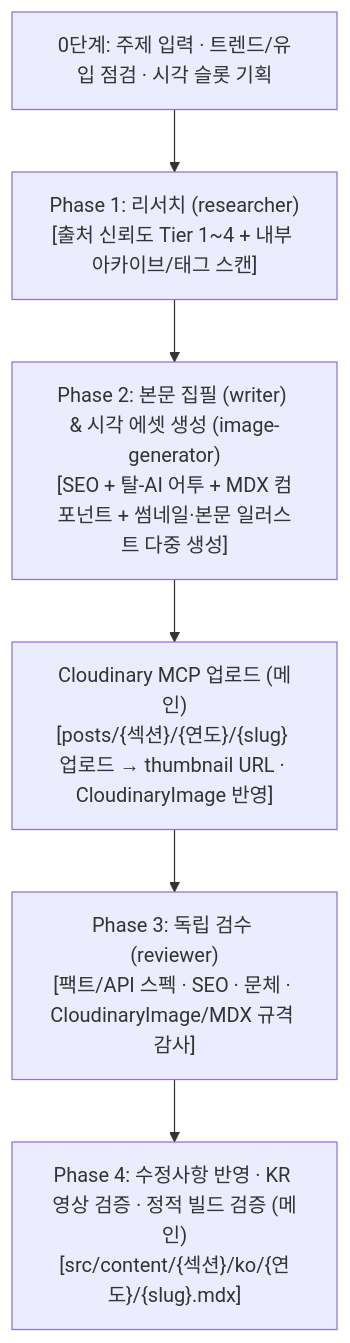
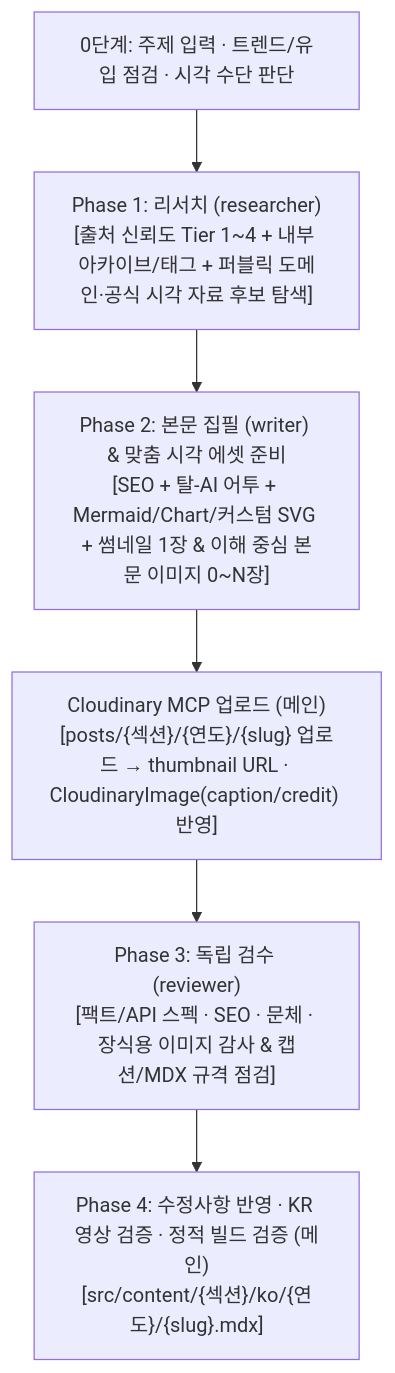
One commit to veryfaraway/blog-astro-eone changed the diagram in .agents/skills/blog/SKILL.md. Above: the diagram before and after it, drawn with Mermaid. The commit also changed other lines of this file and 20 other files, not shown here.

````diff
--- a/.agents/skills/blog/SKILL.md
+++ b/.agents/skills/blog/SKILL.md
@@ -17,8 +17,8 @@
 ```mermaid
 flowchart TD
-    Start["0단계: 주제 입력 · 트렌드/유입 점검 · 시각 슬롯 기획"] --> Phase1["Phase 1: 리서치 (researcher)\n[출처 신뢰도 Tier 1~4 + 내부 아카이브/태그 스캔]"]
-    Phase1 --> Phase2["Phase 2: 본문 집필 (writer) & 시각 에셋 생성 (image-generator)\n[SEO + 탈-AI 어투 + MDX 컴포넌트 + 썸네일·본문 일러스트 다중 생성]"]
-    Phase2 --> Upload["Cloudinary MCP 업로드 (메인)\n[posts/{섹션}/{연도}/{slug} 업로드 → thumbnail URL · CloudinaryImage 반영]"]
-    Upload --> Phase3["Phase 3: 독립 검수 (reviewer)\n[팩트/API 스펙 · SEO · 문체 · CloudinaryImage/MDX 규격 감사]"]
+    Start["0단계: 주제 입력 · 트렌드/유입 점검 · 시각 수단 판단"] --> Phase1["Phase 1: 리서치 (researcher)\n[출처 신뢰도 Tier 1~4 + 내부 아카이브/태그 + 퍼블릭 도메인·공식 시각 자료 후보 탐색]"]
+    Phase1 --> Phase2["Phase 2: 본문 집필 (writer) & 맞춤 시각 에셋 준비\n[SEO + 탈-AI 어투 + Mermaid/Chart/커스텀 SVG + 썸네일 1장 & 이해 중심 본문 이미지 0~N장]"]
+    Phase2 --> Upload["Cloudinary MCP 업로드 (메인)\n[posts/{섹션}/{연도}/{slug} 업로드 → thumbnail URL · CloudinaryImage(caption/credit) 반영]"]
+    Upload --> Phase3["Phase 3: 독립 검수 (reviewer)\n[팩트/API 스펙 · SEO · 문체 · 장식용 이미지 감사 & 캡션/MDX 규격 점검]"]
     Phase3 --> Phase4["Phase 4: 수정사항 반영 · KR 영상 검증 · 정적 빌드 검증 (메인)\n[src/content/{섹션}/ko/{연도}/{slug}.mdx]"]
 ```
````
